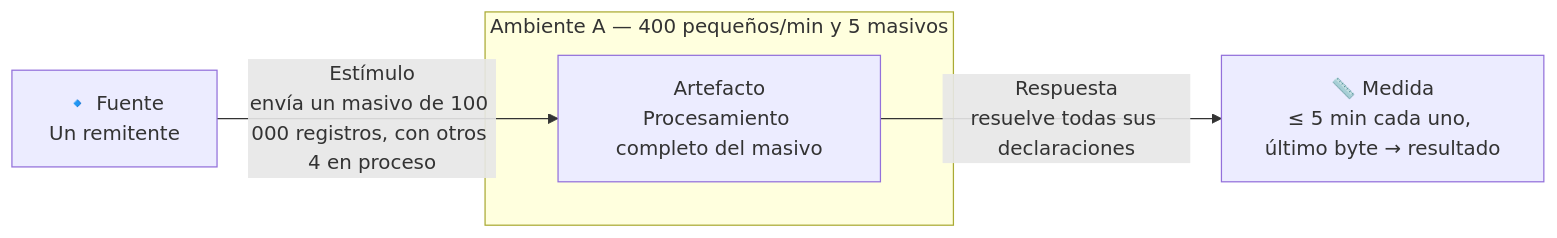
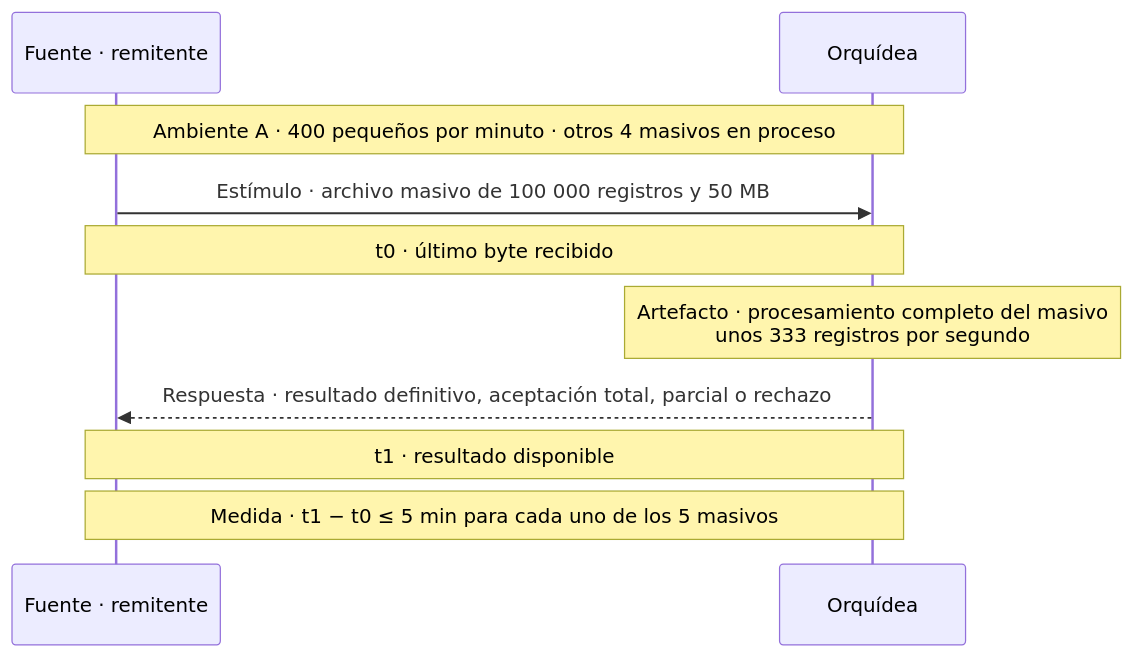
Diagram 12 of 17 in docs/quality-attributes.md (MATI-MBIT/arqsoft-reto-4), drawn with Mermaid before and after one commit. The commit also changed other lines of this file, not shown here.

Commit message:
Cambia los diagramas de los ASR por diagramas de secuencia con t0, t1 y la medida

````diff
--- a/docs/quality-attributes.md
+++ b/docs/quality-attributes.md
@@ -416,9 +482,12 @@
 ```mermaid
-flowchart LR
-    F["🔹 Fuente<br/>Un remitente"]
-    F -- "Estímulo<br/>envía un masivo de 100 000 registros, con otros 4 en proceso" --> A
-    subgraph AMB["Ambiente A — 400 pequeños/min y 5 masivos"]
-        A["Artefacto<br/>Procesamiento completo del masivo"]
-    end
-    A -- "Respuesta<br/>resuelve todas sus declaraciones" --> M["📏 Medida<br/>≤ 5 min cada uno, último byte → resultado"]
+sequenceDiagram
+    participant R as Fuente · remitente
+    participant O as Orquídea
+    Note over R,O: Ambiente A · 400 pequeños por minuto · otros 4 masivos en proceso
+    R->>O: Estímulo · archivo masivo de 100 000 registros y 50 MB
+    Note over R,O: t0 · último byte recibido
+    Note over O: Artefacto · procesamiento completo del masivo<br/>unos 333 registros por segundo
+    O-->>R: Respuesta · resultado definitivo, aceptación total, parcial o rechazo
+    Note over R,O: t1 · resultado disponible
+    Note over R,O: Medida · t1 − t0 ≤ 5 min para cada uno de los 5 masivos
 ```
````
